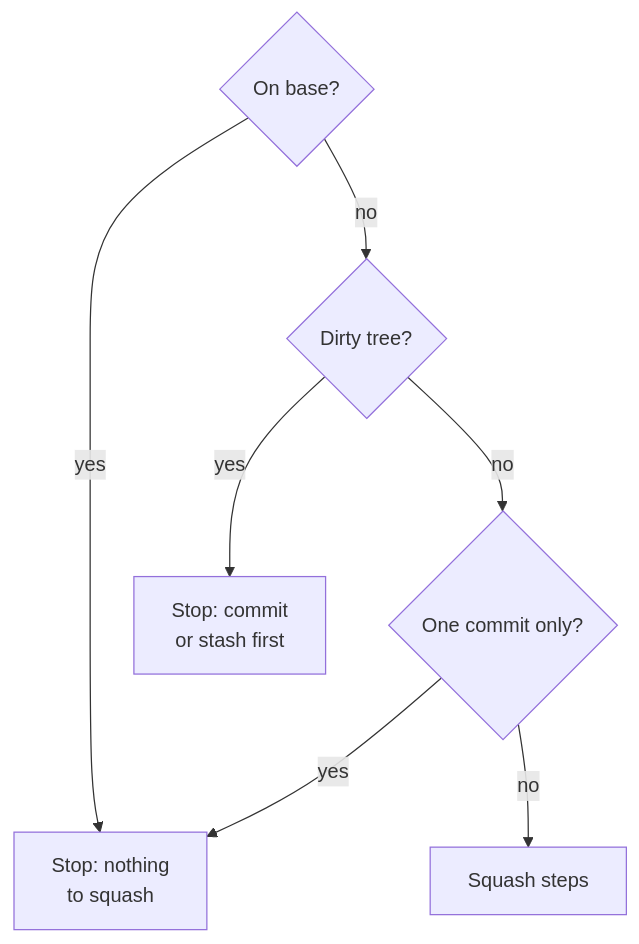
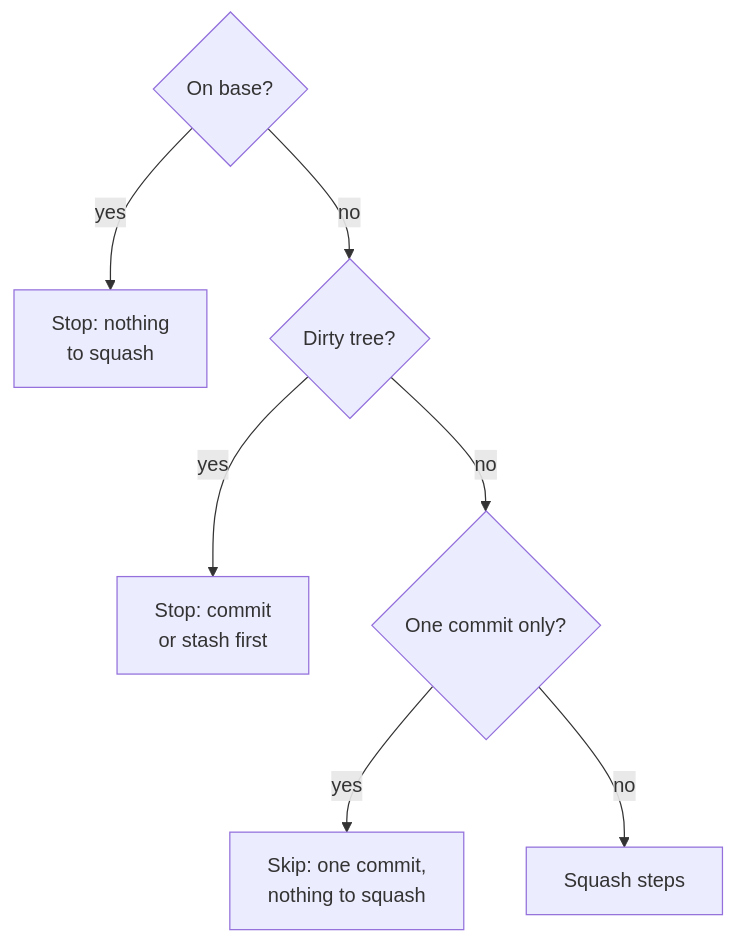
The diagram in context/_partials/squash-flow.md (damusix/atomic-claude), drawn with Mermaid before and after one commit. The commit also changed other lines of this file and 6 other files, not shown here.

First line of the commit message:
fix(commit): let pr and squash merge run past a no-op step

````diff
--- a/context/_partials/squash-flow.md
+++ b/context/_partials/squash-flow.md
@@ -6,9 +6,9 @@
 ```mermaid
 flowchart TD
     B{"On base?"} -->|yes| S1["Stop: nothing<br/>to squash"]
     B -->|no| D{"Dirty tree?"}
     D -->|yes| S2["Stop: commit<br/>or stash first"]
     D -->|no| C{"One commit only?"}
-    C -->|yes| S1
+    C -->|yes| K1["Skip: one commit,<br/>nothing to squash"]
     C -->|no| K["Squash steps"]
 ```
````
